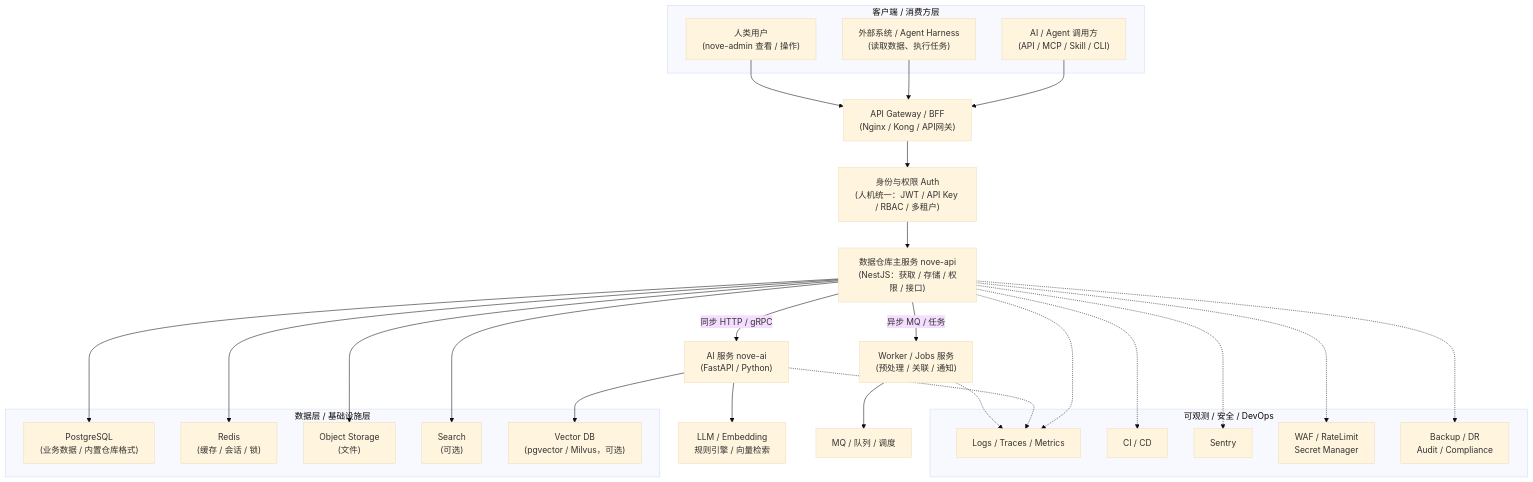
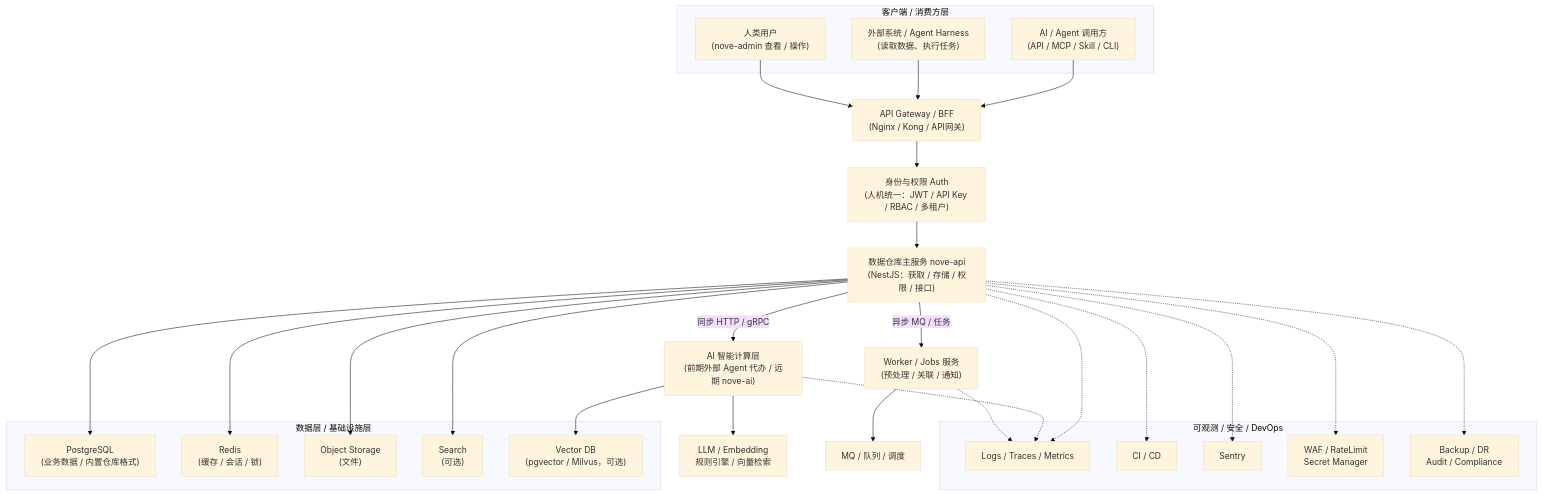
Before and after one commit to lulabs-org/nove-doc: the first of 2 diagrams in architecture/system-overview.md, drawn with Mermaid (base theme). The commit also changed other lines of this file and 9 other files, not shown here.

Commit message:
docs: update project architecture and roadmap documentation and add product philosophy guide

````diff
--- a/architecture/system-overview.md
+++ b/architecture/system-overview.md
@@ -48,74 +49,74 @@
 ```mermaid
 flowchart TB
     %% ───────────── 客户端 / 消费方层 ─────────────
     subgraph Client["客户端 / 消费方层"]
         C1["AI / Agent 调用方<br/>(API / MCP / Skill / CLI)"]
         C2["外部系统 / Agent Harness<br/>(读取数据、执行任务)"]
         C3["人类用户<br/>(nove-admin 查看 / 操作)"]
     end
 
     %% ───────────── API Gateway ─────────────
     GW["API Gateway / BFF<br/>(Nginx / Kong / API网关)"]
 
     %% ───────────── 认证与权限 ─────────────
     AUTH["身份与权限 Auth<br/>(人机统一：JWT / API Key / RBAC / 多租户)"]
 
     %% ───────────── 数据仓库主服务 ─────────────
     API["数据仓库主服务 nove-api<br/>(NestJS：获取 / 存储 / 权限 / 接口)"]
 
     %% ───────────── AI 与任务 ─────────────
-    AI["AI 服务 nove-ai<br/>(FastAPI / Python)"]
+    AI["AI 智能计算层<br/>(前期外部 Agent 代办 / 远期 nove-ai)"]
     WORKER["Worker / Jobs 服务<br/>(预处理 / 关联 / 通知)"]
 
     %% ───────────── AI 内部能力 ─────────────
     LLM["LLM / Embedding<br/>规则引擎 / 向量检索"]
     MQ["MQ / 队列 / 调度"]
 
     %% ───────────── 数据层 ─────────────
     subgraph Data["数据层 / 基础设施层"]
         DB["PostgreSQL<br/>(业务数据 / 内置仓库格式)"]
         REDIS["Redis<br/>(缓存 / 会话 / 锁)"]
         OBJ["Object Storage<br/>(文件)"]
         SEARCH["Search<br/>(可选)"]
         VECTOR["Vector DB<br/>(pgvector / Milvus，可选)"]
     end
 
     %% ───────────── 可观测 & DevOps ─────────────
     subgraph OPS["可观测 / 安全 / DevOps"]
         OBS["Logs / Traces / Metrics"]
         CICD["CI / CD"]
         SENTRY["Sentry"]
         SEC["WAF / RateLimit<br/>Secret Manager"]
         BACKUP["Backup / DR<br/>Audit / Compliance"]
     end
 
     %% ───────────── 连接关系 ─────────────
     C1 --> GW
     C2 --> GW
     C3 --> GW
 
     GW --> AUTH
     AUTH --> API
 
     API -->|同步 HTTP / gRPC| AI
     API -->|异步 MQ / 任务| WORKER
 
     AI --> LLM
     WORKER --> MQ
 
     API --> DB
     API --> REDIS
     API --> OBJ
     API --> SEARCH
     AI --> VECTOR
 
     %% 运维关联（虚线）
     API -.-> OBS
     AI -.-> OBS
     WORKER -.-> OBS
 
     API -.-> CICD
     API -.-> SENTRY
     API -.-> SEC
     API -.-> BACKUP
 ```
````
